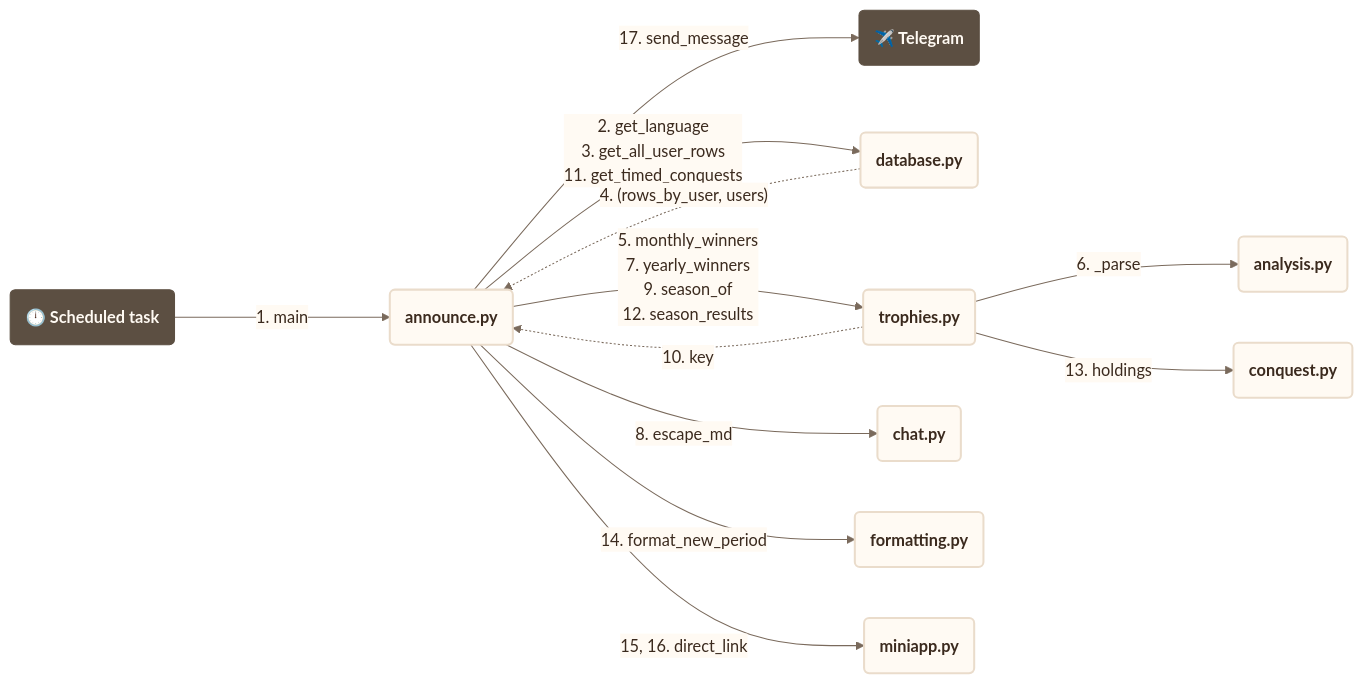
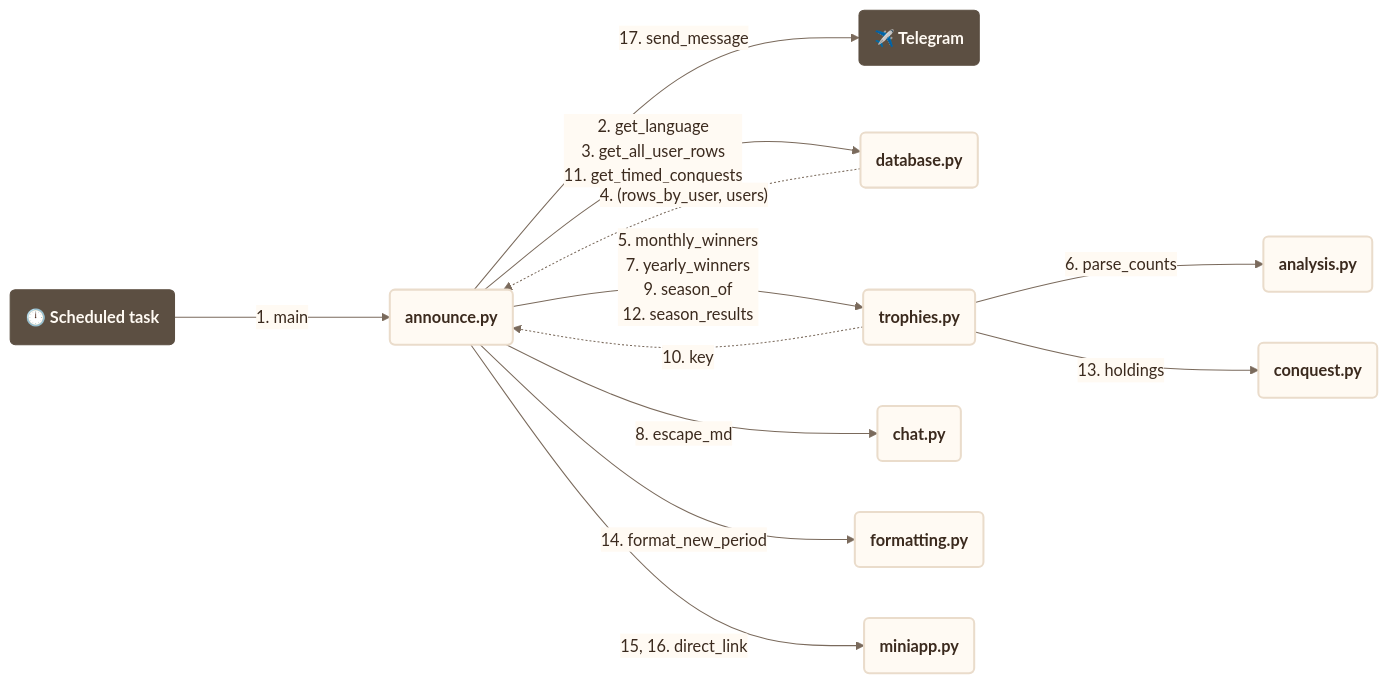
Before and after one commit to francescoperrino/Caccometro: diagram 41 of 42 in docs/use_cases.md, drawn with Mermaid. The commit also changed other lines of this file and 22 other files, not shown here.

````diff
--- a/docs/use_cases.md
+++ b/docs/use_cases.md
@@ -3510,62 +3443,62 @@
 ```mermaid
 ---
 config:
   theme: base
   themeVariables:
     fontFamily: "Nunito, Segoe UI, Roboto, sans-serif"
     primaryColor: "#fffaf3"
     primaryTextColor: "#3b2a1e"
     primaryBorderColor: "#eadccb"
     secondaryColor: "#f7ecdc"
     tertiaryColor: "#f3e4d0"
     lineColor: "#7a6a5c"
     textColor: "#3b2a1e"
     edgeLabelBackground: "#fffaf3"
     clusterBkg: "#f3e4d0"
     clusterBorder: "#cbbca9"
     titleColor: "#5c4f42"
     noteBkgColor: "#f7ecdc"
     noteTextColor: "#3b2a1e"
     actorBkg: "#fffaf3"
     actorBorder: "#5c4f42"
     actorTextColor: "#3b2a1e"
     signalColor: "#7a6a5c"
     signalTextColor: "#3b2a1e"
     labelBoxBkgColor: "#f3e4d0"
     loopTextColor: "#3b2a1e"
     sequenceNumberColor: "#fffaf3"
     xyChart:
       plotColorPalette: "#2f4f8f"
   flowchart:
     nodeSpacing: 50
     rankSpacing: 160
 ---
 flowchart LR
     accTitle: Communication diagram, Midnight announcement (scheduled task)
     accDescr: The modules involved, the functions each one calls in another and what comes back, numbered as in the sequence
     task("<b>🕛 Scheduled task</b>")
     telegram("<b>✈️ Telegram</b>")
     announce("<b>announce.py</b>")
     database("<b>database.py</b>")
     trophies("<b>trophies.py</b>")
     analysis("<b>analysis.py</b>")
     chat("<b>chat.py</b>")
     conquest("<b>conquest.py</b>")
     formatting("<b>formatting.py</b>")
     miniapp("<b>miniapp.py</b>")
     task -->|"1.#nbsp;main"| announce
     announce -->|"2.#nbsp;get_language<br/>3.#nbsp;get_all_user_rows<br/>11.#nbsp;get_timed_conquests"| database
     database -.->|"4.#nbsp;(rows_by_user, users)"| announce
     announce -->|"5.#nbsp;monthly_winners<br/>7.#nbsp;yearly_winners<br/>9.#nbsp;season_of<br/>12.#nbsp;season_results"| trophies
-    trophies -->|"6.#nbsp;_parse"| analysis
+    trophies -->|"6.#nbsp;parse_counts"| analysis
     announce -->|"8.#nbsp;escape_md"| chat
     trophies -.->|"10.#nbsp;key"| announce
     trophies -->|"13.#nbsp;holdings"| conquest
     announce -->|"14.#nbsp;format_new_period"| formatting
     announce -->|"15, 16.#nbsp;direct_link"| miniapp
     announce -->|"17.#nbsp;send_message"| telegram
     classDef step fill:#fffaf3,stroke:#eadccb,stroke-width:2px,color:#3b2a1e
     classDef person fill:#5c4f42,stroke:#5c4f42,color:#fffaf3
     class announce,database,trophies,analysis,chat,conquest,formatting,miniapp step
     class task,telegram person
 ```
````
